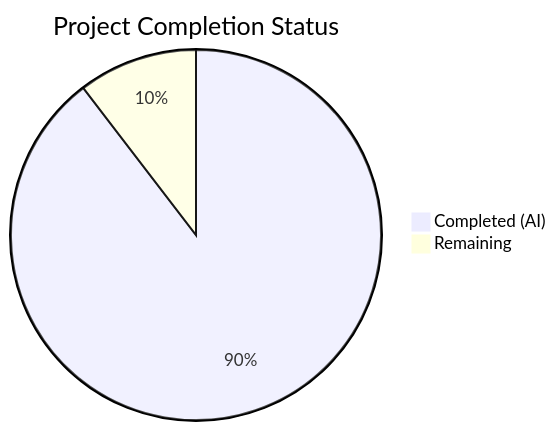
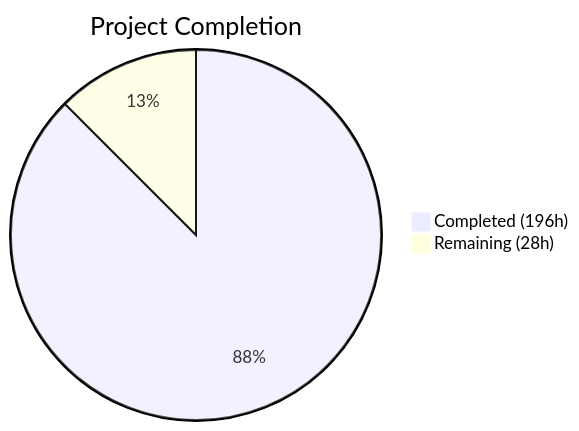
One commit to Blitzy-Sandbox/blitzy-SplendidCRM changed the first of 2 diagrams in blitzy/documentation/Project Guide.md. Above: the diagram before and after it, drawn with Mermaid. The commit also changed other lines of this file, not shown here.

Commit message:
Adding Blitzy Project Guide: Project Status and Human Tasks Remaining

````diff
--- a/blitzy/documentation/Project Guide.md
+++ b/blitzy/documentation/Project Guide.md
@@ -22,5 +13,5 @@
 ```mermaid
-pie title Project Completion Status
-    "Completed (AI)" : 172
-    "Remaining" : 20
+pie title Project Completion
+    "Completed (196h)" : 196
+    "Remaining (28h)" : 28
 ```
````
